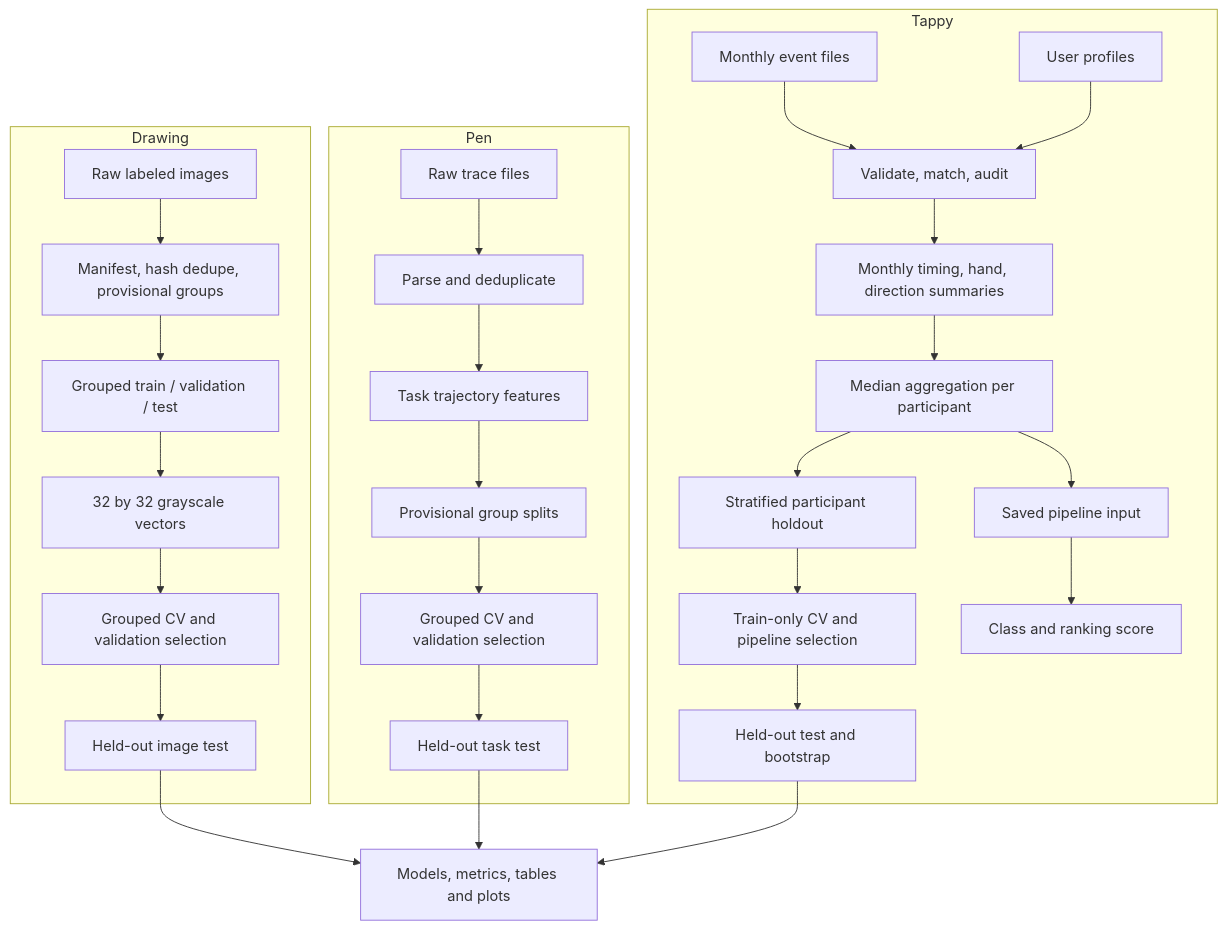
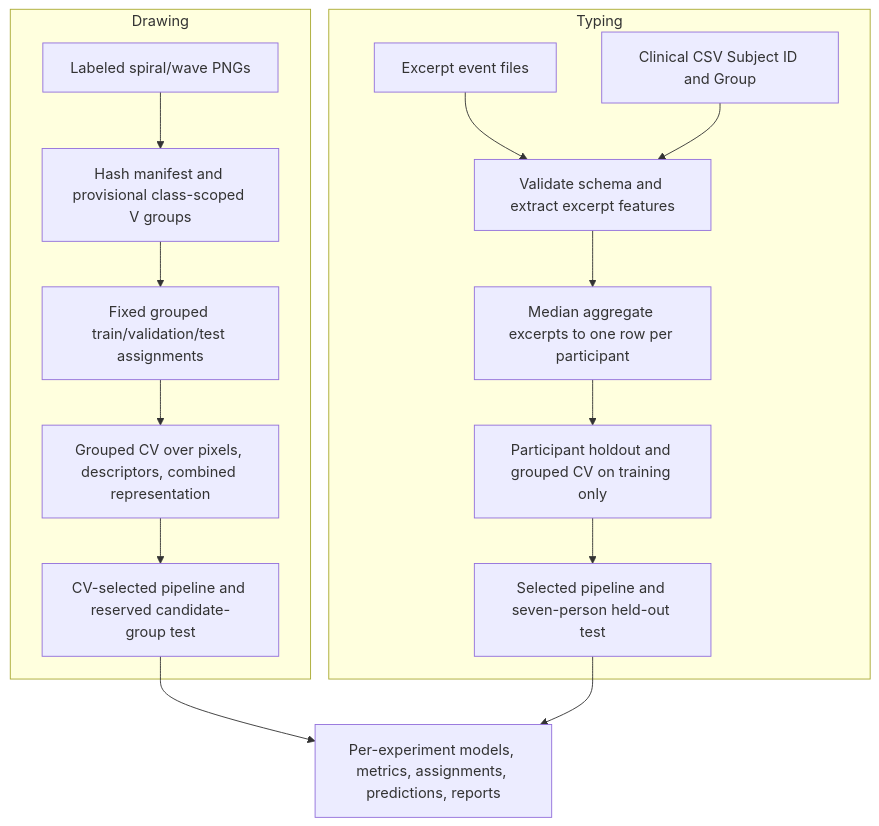
Before and after one commit to daisylomo/pd-ai-models: the diagram in docs/ARCHITECTURE.md, drawn with Mermaid. The commit also changed other lines of this file and 53 other files, not shown here.

````diff
--- a/docs/ARCHITECTURE.md
+++ b/docs/ARCHITECTURE.md
@@ -5,31 +5,18 @@
 ```mermaid
 flowchart TD
   subgraph Drawing
-    DI[Raw labeled images] --> DM[Manifest, hash dedupe, provisional groups]
-    DM --> DV[Grouped train / validation / test]
-    DV --> DX[32 by 32 grayscale vectors]
-    DX --> DCV[Grouped CV and validation selection]
-    DCV --> DT[Held-out image test]
+    A[Labeled spiral/wave PNGs] --> B[Hash manifest and provisional class-scoped V groups]
+    B --> C[Fixed grouped train/validation/test assignments]
+    C --> D[Grouped CV over pixels, descriptors, combined representation]
+    D --> E[CV-selected pipeline and reserved candidate-group test]
   end
-  subgraph Pen
-    PI[Raw trace files] --> PH[Parse and deduplicate]
-    PH --> PF[Task trajectory features]
-    PF --> PS[Provisional group splits]
-    PS --> PCV[Grouped CV and validation selection]
-    PCV --> PT[Held-out task test]
+  subgraph Typing
+    F[Excerpt event files] --> H[Validate schema and extract excerpt features]
+    G[Clinical CSV Subject ID and Group] --> H
+    H --> I[Median aggregate excerpts to one row per participant]
+    I --> J[Participant holdout and grouped CV on training only]
+    J --> K[Selected pipeline and seven-person held-out test]
   end
-  subgraph Tappy
-    TE[Monthly event files] --> TV[Validate, match, audit]
-    TP[User profiles] --> TV
-    TV --> TM[Monthly timing, hand, direction summaries]
-    TM --> TA[Median aggregation per participant]
-    TA --> TS[Stratified participant holdout]
-    TS --> TCV[Train-only CV and pipeline selection]
-    TCV --> TT[Held-out test and bootstrap]
-    TA --> INF[Saved pipeline input]
-    INF --> PRED[Class and ranking score]
-  end
-  DT --> ART[Models, metrics, tables and plots]
-  PT --> ART
-  TT --> ART
+  E --> O[Per-experiment models, metrics, assignments, predictions, reports]
+  K --> O
 ```
````
